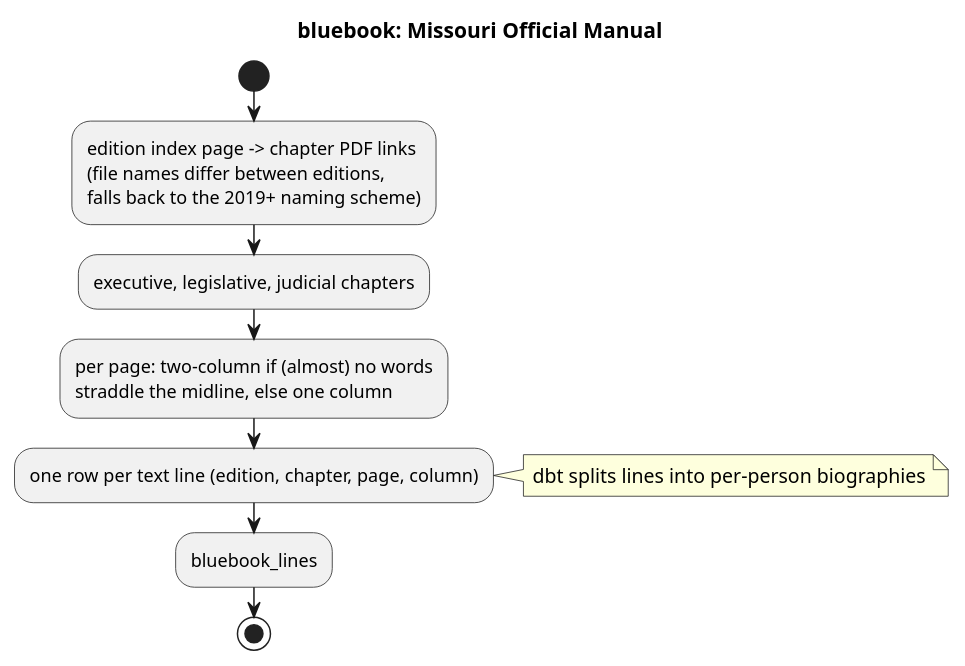
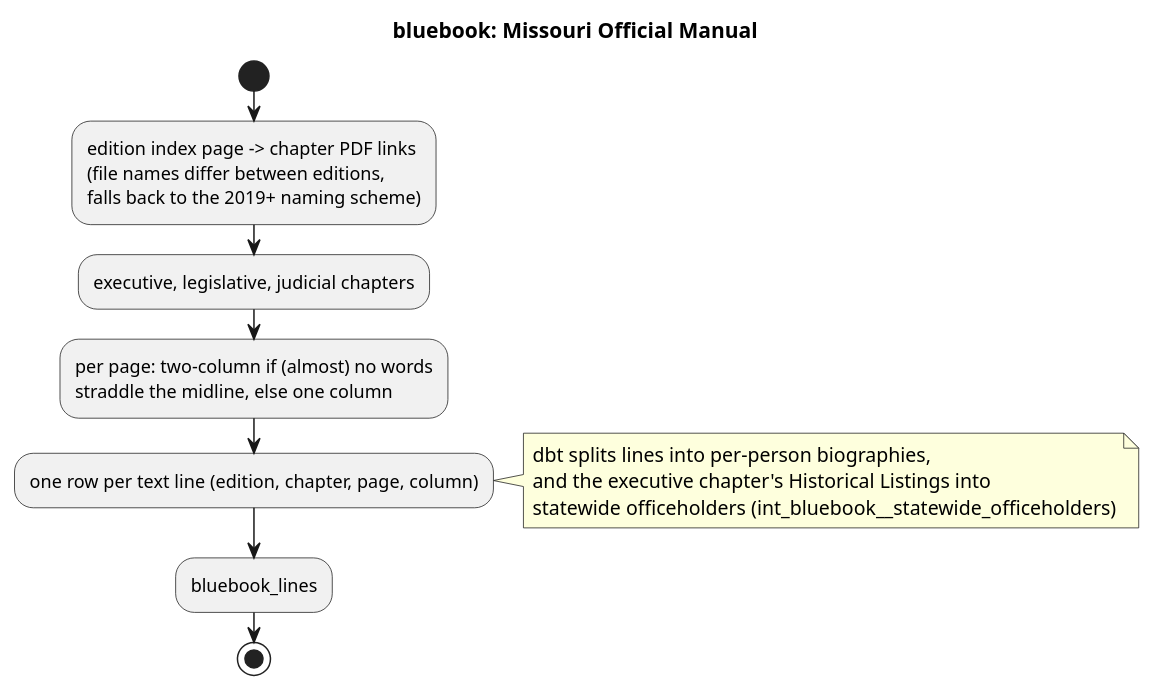
The diagram in docs/diagrams/sources/bluebook.puml (akettmann/missouri_gov_feed), drawn with PlantUML before and after one commit. The commit also changed 19 other files, not shown here.

```diff
--- a/docs/diagrams/sources/bluebook.puml
+++ b/docs/diagrams/sources/bluebook.puml
@@ -1,14 +1,14 @@
 @startuml bluebook
 title bluebook: Missouri Official Manual
 start
 :edition index page -> chapter PDF links
 (file names differ between editions,
 falls back to the 2019+ naming scheme);
 :executive, legislative, judicial chapters;
 :per page: two-column if (almost) no words
 straddle the midline, else one column;
 :one row per text line (edition, chapter, page, column);
-note right: dbt splits lines into per-person biographies
+note right: dbt splits lines into per-person biographies,\nand the executive chapter's Historical Listings into\nstatewide officeholders (int_bluebook__statewide_officeholders)
 :bluebook_lines;
 stop
 @enduml
```
